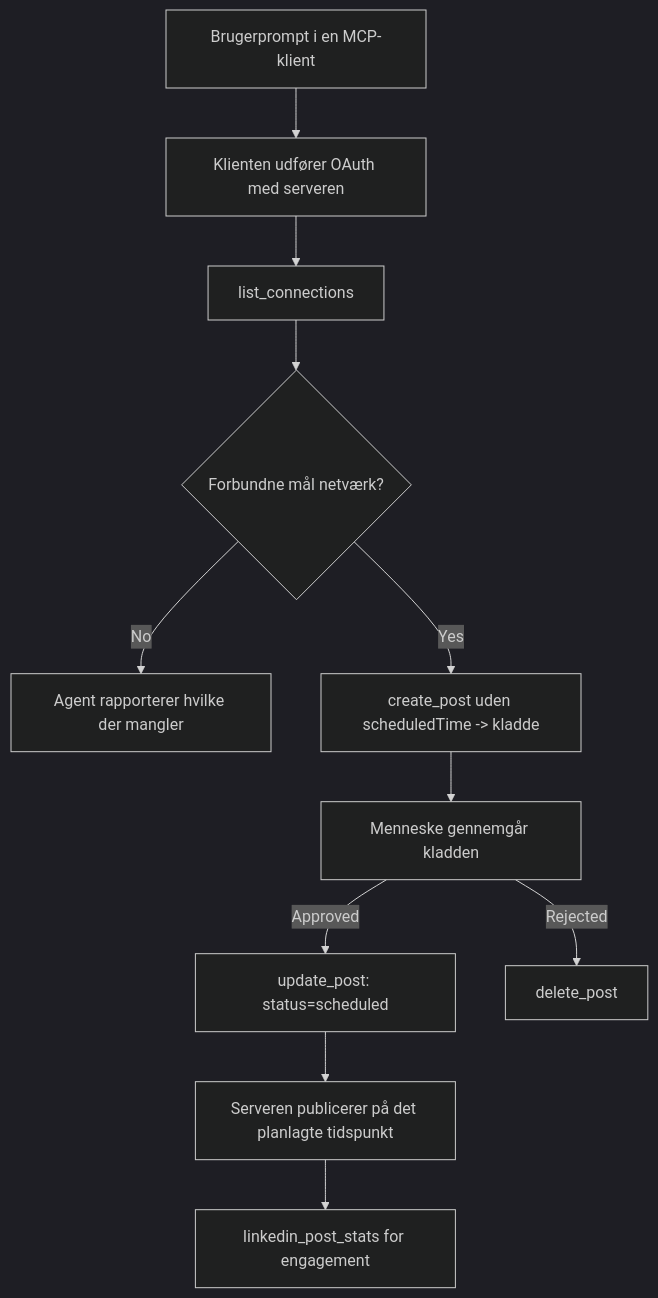
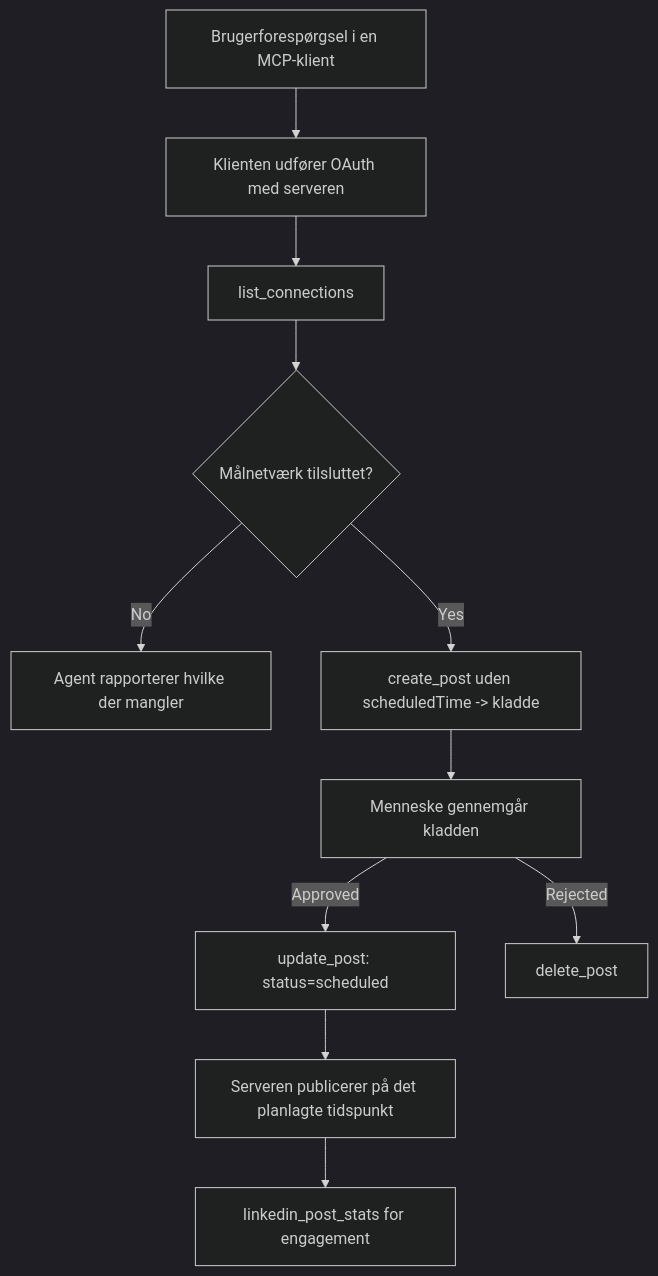
The diagram in translations/da/09-CaseStudy/publora-social-publishing.md (microsoft/mcp-for-beginners), drawn with Mermaid (dark theme) before and after one commit. The commit also changed other lines of this file and 156 other files, not shown here.

````diff
--- a/translations/da/09-CaseStudy/publora-social-publishing.md
+++ b/translations/da/09-CaseStudy/publora-social-publishing.md
@@ -47,13 +47,13 @@
 ```mermaid
 flowchart TD
-    A[Brugerprompt i en MCP-klient] --> B[Klienten udfører OAuth med serveren]
+    A[Brugerforespørgsel i en MCP-klient] --> B[Klienten udfører OAuth med serveren]
     B --> C[list_connections]
-    C --> D{Forbundne mål netværk?}
+    C --> D{Målnetværk tilsluttet?}
     D -- No --> E[Agent rapporterer hvilke der mangler]
     D -- Yes --> F[create_post uden scheduledTime -> kladde]
     F --> G[Menneske gennemgår kladden]
     G -- Approved --> H[update_post: status=scheduled]
     G -- Rejected --> I[delete_post]
     H --> J[Serveren publicerer på det planlagte tidspunkt]
     J --> K[linkedin_post_stats for engagement]
 ```
````
